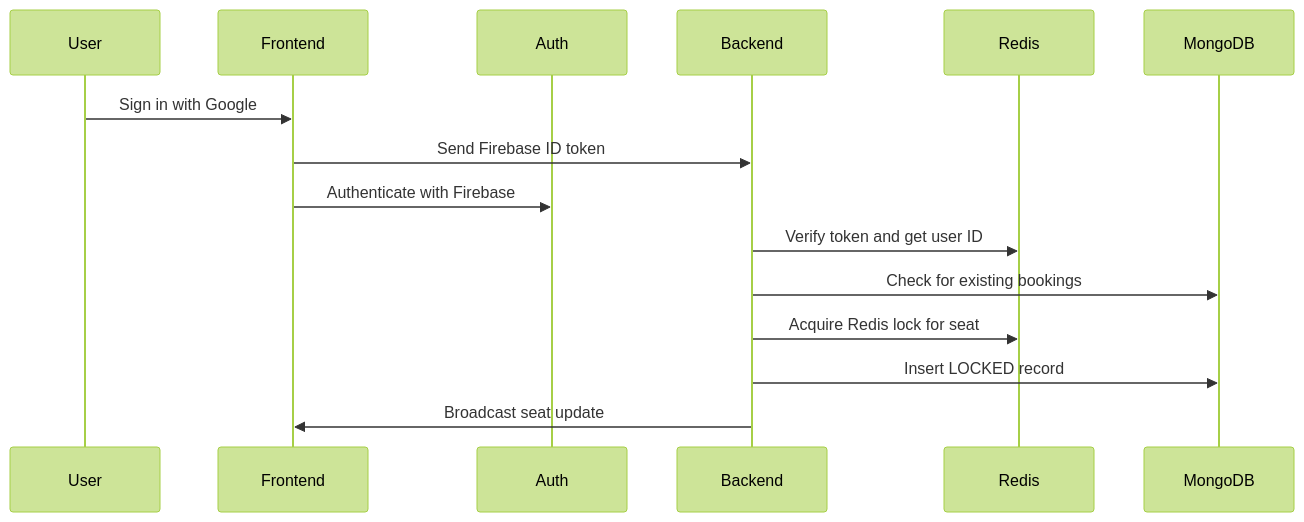
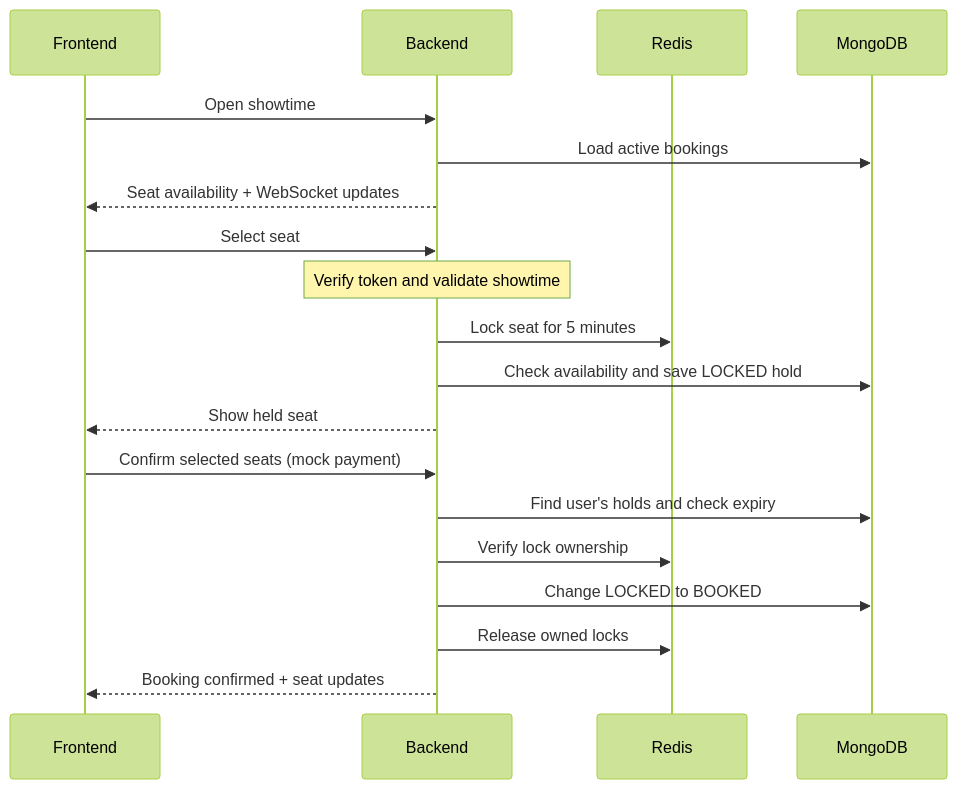
The second of 3 diagrams in README.md (icegotcha/cinema-ticket-booking-system), drawn with Mermaid (forest theme) before and after one commit. The commit also changed other lines of this file and 12 other files, not shown here.

Commit message:
feat: streamline authentication flow by removing signup endpoint and updating login logic

````diff
--- a/README.md
+++ b/README.md
@@ -116,18 +137,24 @@
 ```mermaid
 sequenceDiagram
-    participant U as User
     participant F as Frontend
-    participant A as Auth
     participant B as Backend
     participant R as Redis
     participant M as MongoDB
 
-    U->>F: Sign in with Google
-    F->>B: Send Firebase ID token
-    F->>A: Authenticate with Firebase
-    B->>R: Verify token and get user ID
-    B->>M: Check for existing bookings
-    B->>R: Acquire Redis lock for seat
-    B->>M: Insert LOCKED record
-    B->>F: Broadcast seat update
+    F->>B: Open showtime
+    B->>M: Load active bookings
+    B-->>F: Seat availability + WebSocket updates
+
+    F->>B: Select seat
+    Note over B: Verify token and validate showtime
+    B->>R: Lock seat for 5 minutes
+    B->>M: Check availability and save LOCKED hold
+    B-->>F: Show held seat
+
+    F->>B: Confirm selected seats (mock payment)
+    B->>M: Find user's holds and check expiry
+    B->>R: Verify lock ownership
+    B->>M: Change LOCKED to BOOKED
+    B->>R: Release owned locks
+    B-->>F: Booking confirmed + seat updates
 ```
````
